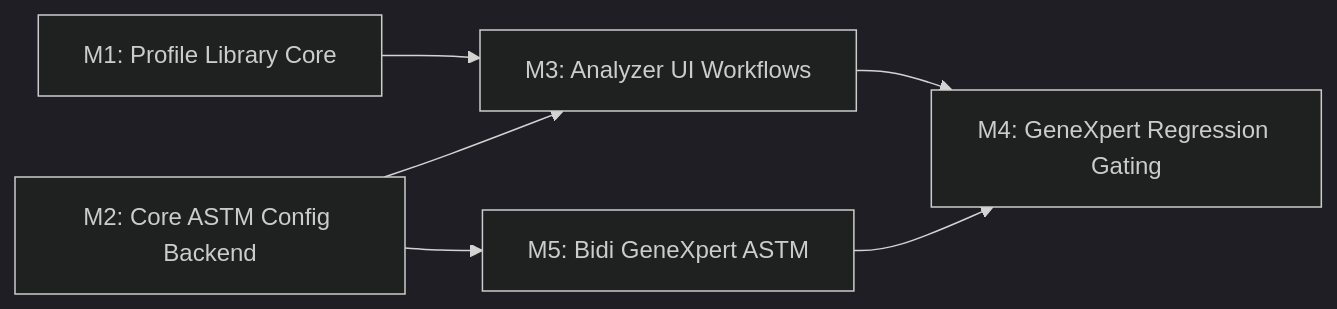
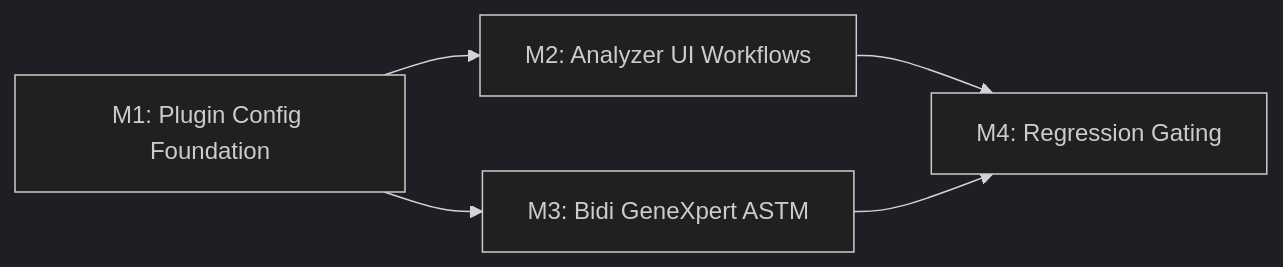
The diagram in specs/012-generic-astm-plugin-profiles/plan.md (DIGI-UW/OpenELIS-Global-2), drawn with Mermaid (dark theme) before and after one commit. The commit also changed other lines of this file and 3 other files, not shown here.

First line of the commit message:
docs(012): simplify specs for JSONB plugin-config architecture

````diff
--- a/specs/012-generic-astm-plugin-profiles/plan.md
+++ b/specs/012-generic-astm-plugin-profiles/plan.md
@@ -109,8 +41,7 @@
 ```mermaid
 graph LR
-    M1[M1: Profile Library Core] --> M3[M3: Analyzer UI Workflows]
-    M2[M2: Core ASTM Config Backend] --> M3
-    M2 --> M5[M5: Bidi GeneXpert ASTM]
-    M3 --> M4[M4: GeneXpert Regression Gating]
-    M5 --> M4
+    M1["M1: Plugin Config Foundation"] --> M2["M2: Analyzer UI Workflows"]
+    M1 --> M3["M3: Bidi GeneXpert ASTM"]
+    M2 --> M4["M4: Regression Gating"]
+    M3 --> M4
 ```
````
